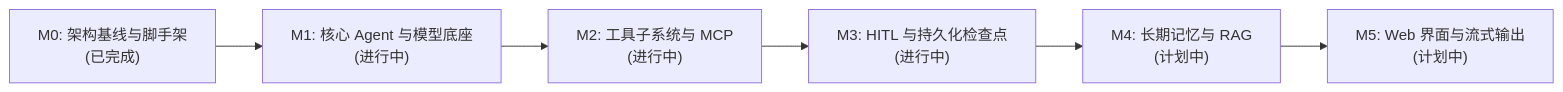
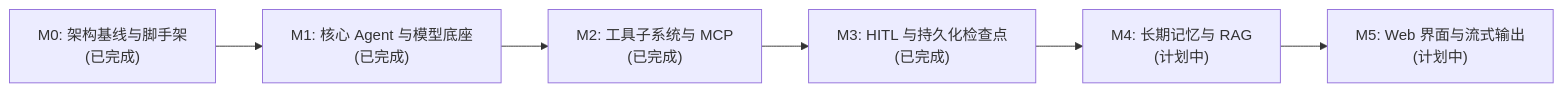
The diagram in docs/roadmap/engineering-roadmap.md (theGitForDalibor/JarvisStudio), drawn with Mermaid before and after one commit. The commit also changed other lines of this file and 11 other files, not shown here.

````diff
--- a/docs/roadmap/engineering-roadmap.md
+++ b/docs/roadmap/engineering-roadmap.md
@@ -14,8 +14,8 @@
 ```mermaid
 flowchart LR
-    M0["M0: 架构基线与脚手架\n(已完成)"] --> M1["M1: 核心 Agent 与模型底座\n(进行中)"]
-    M1 --> M2["M2: 工具子系统与 MCP\n(进行中)"]
-    M2 --> M3["M3: HITL 与持久化检查点\n(进行中)"]
+    M0["M0: 架构基线与脚手架\n(已完成)"] --> M1["M1: 核心 Agent 与模型底座\n(已完成)"]
+    M1 --> M2["M2: 工具子系统与 MCP\n(已完成)"]
+    M2 --> M3["M3: HITL 与持久化检查点\n(已完成)"]
     M3 --> M4["M4: 长期记忆与 RAG\n(计划中)"]
     M4 --> M5["M5: Web 界面与流式输出\n(计划中)"]
 ```
````
